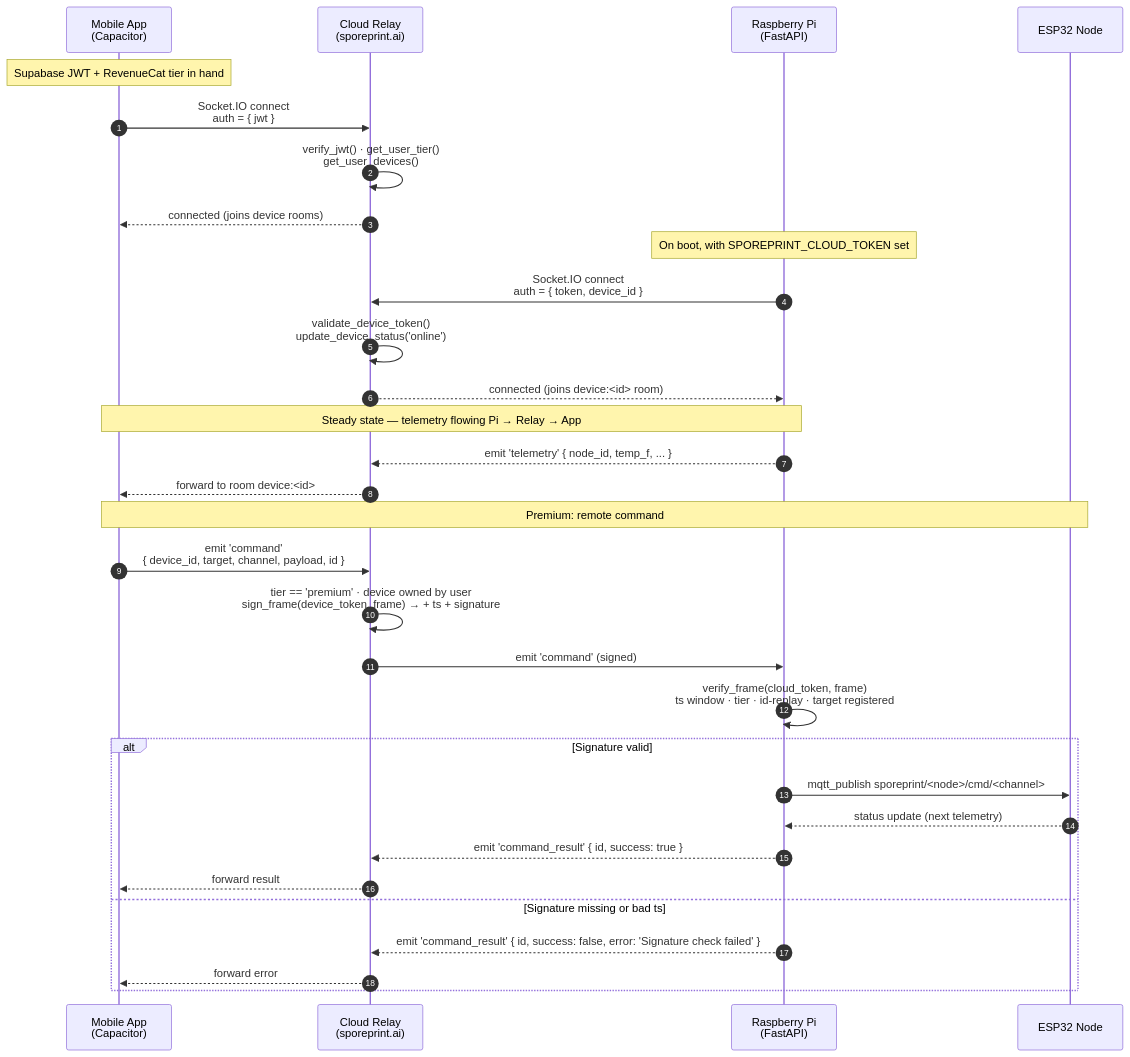
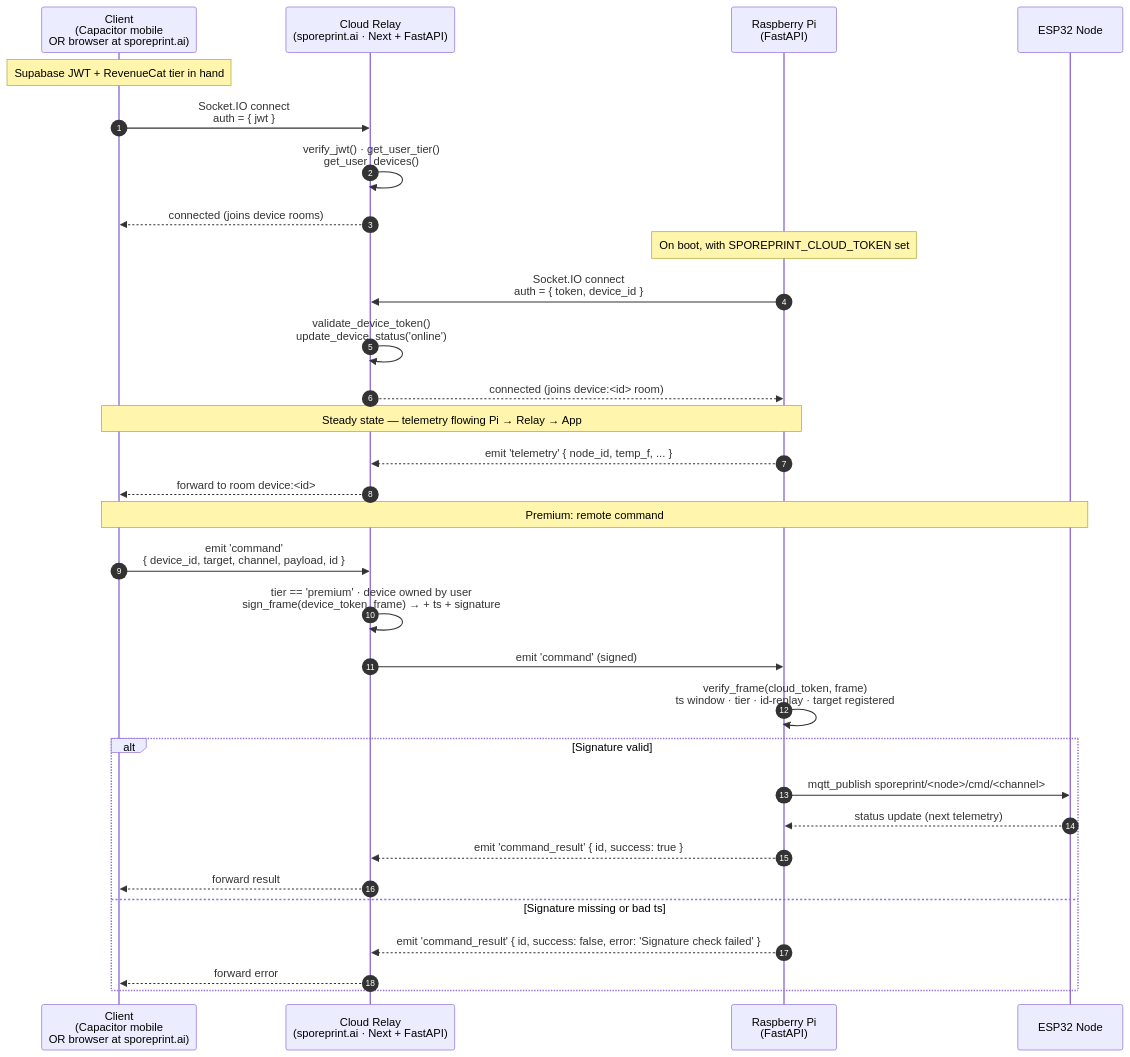
The diagram in docs/cloud-relay-flow.md (59psi/SporePrint), drawn with Mermaid before and after one commit. The commit also changed other lines of this file and 37 other files, not shown here.

````diff
--- a/docs/cloud-relay-flow.md
+++ b/docs/cloud-relay-flow.md
@@ -7,38 +9,38 @@
 ```mermaid
 sequenceDiagram
     autonumber
-    participant App as Mobile App<br/>(Capacitor)
-    participant Relay as Cloud Relay<br/>(sporeprint.ai)
+    participant App as Client<br/>(Capacitor mobile<br/>OR browser at sporeprint.ai)
+    participant Relay as Cloud Relay<br/>(sporeprint.ai · Next + FastAPI)
     participant Pi as Raspberry Pi<br/>(FastAPI)
     participant ESP as ESP32 Node
 
     Note over App: Supabase JWT + RevenueCat tier in hand
     App->>Relay: Socket.IO connect<br/>auth = { jwt }
     Relay->>Relay: verify_jwt() · get_user_tier()<br/>get_user_devices()
     Relay-->>App: connected (joins device rooms)
 
     Note over Pi: On boot, with SPOREPRINT_CLOUD_TOKEN set
     Pi->>Relay: Socket.IO connect<br/>auth = { token, device_id }
     Relay->>Relay: validate_device_token()<br/>update_device_status('online')
     Relay-->>Pi: connected (joins device:<id> room)
 
     Note over App,Pi: Steady state — telemetry flowing Pi → Relay → App
     Pi-->>Relay: emit 'telemetry' { node_id, temp_f, ... }
     Relay-->>App: forward to room device:<id>
 
     Note over App,ESP: Premium: remote command
     App->>Relay: emit 'command'<br/>{ device_id, target, channel, payload, id }
     Relay->>Relay: tier == 'premium' · device owned by user<br/>sign_frame(device_token, frame) → + ts + signature
     Relay->>Pi: emit 'command' (signed)
 
     Pi->>Pi: verify_frame(cloud_token, frame)<br/>ts window · tier · id-replay · target registered
     alt Signature valid
         Pi->>ESP: mqtt_publish sporeprint/<node>/cmd/<channel>
         ESP-->>Pi: status update (next telemetry)
         Pi-->>Relay: emit 'command_result' { id, success: true }
         Relay-->>App: forward result
     else Signature missing or bad ts
         Pi-->>Relay: emit 'command_result' { id, success: false, error: 'Signature check failed' }
         Relay-->>App: forward error
     end
 ```
````
